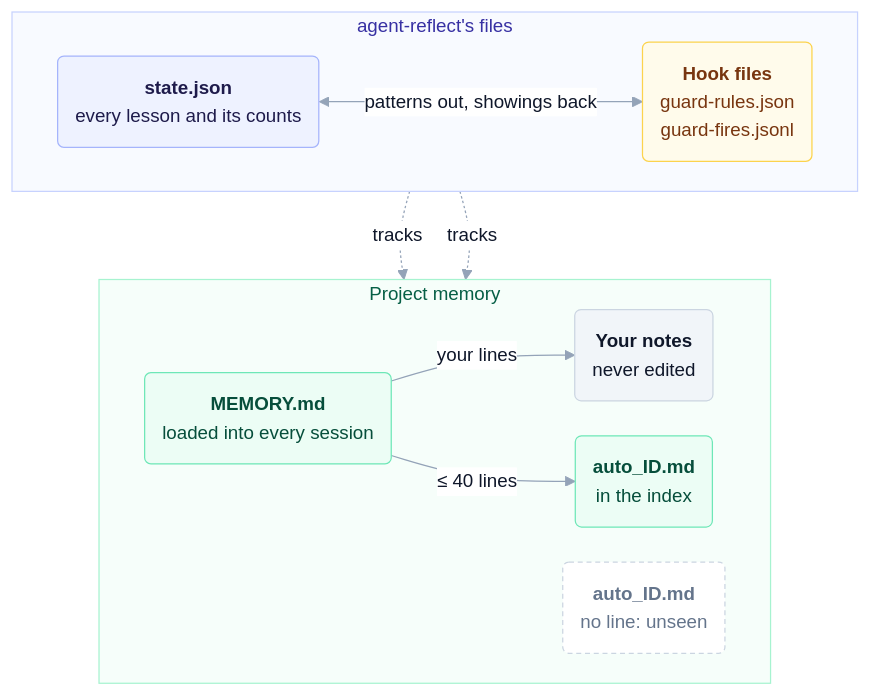
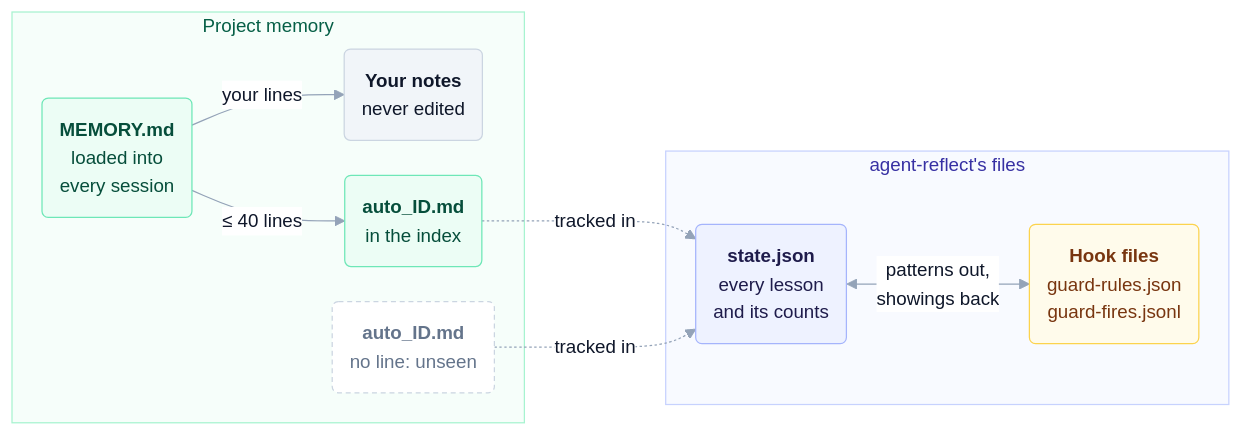
The second of 3 diagrams in README.md (vladislavgorbunov-afk/agent-reflect), drawn with Mermaid before and after one commit. The commit also changed other lines of this file, not shown here.

First line of the commit message:
docs: Spell out the steps of each run and lay memory out left to right

````diff
--- a/README.md
+++ b/README.md
@@ -111,32 +140,30 @@
 ```mermaid
-%%{init: {"theme": "base", "themeVariables": {"fontFamily": "-apple-system, BlinkMacSystemFont, Segoe UI, Helvetica, Arial, sans-serif", "fontSize": "15px", "lineColor": "#94a3b8", "primaryColor": "#f1f5f9", "primaryBorderColor": "#cbd5e1", "primaryTextColor": "#0f172a", "clusterBkg": "#f8fafc", "clusterBorder": "#e2e8f0", "edgeLabelBackground": "#ffffff"}, "flowchart": {"curve": "basis", "nodeSpacing": 28, "rankSpacing": 48, "padding": 14}}}%%
-flowchart TB
+%%{init: {"theme": "base", "themeVariables": {"fontFamily": "system-ui, -apple-system, Segoe UI, Helvetica, Arial, sans-serif", "fontSize": "15px", "lineColor": "#94a3b8", "primaryColor": "#f1f5f9", "primaryBorderColor": "#cbd5e1", "primaryTextColor": "#0f172a", "clusterBkg": "#f8fafc", "clusterBorder": "#e2e8f0", "edgeLabelBackground": "#ffffff"}, "flowchart": {"curve": "basis", "nodeSpacing": 28, "rankSpacing": 48, "padding": 14}}}%%
+flowchart LR
     subgraph P ["Project memory"]
-        direction LR
-        idx("<b>MEMORY.md</b><br/>loaded into every session"):::mem
+        idx("<b>MEMORY.md</b><br/>loaded into<br/>every session"):::mem
         yours("<b>Your notes</b><br/>never edited"):::user
         live("<b>auto_ID.md</b><br/>in the index"):::mem
         wait("<b>auto_ID.md</b><br/>no line: unseen"):::muted
         idx -->|"your lines"| yours
         idx -->|"≤ 40 lines"| live
     end
 
     subgraph A ["agent-reflect's files"]
-        direction LR
-        st("<b>state.json</b><br/>every lesson and its counts"):::night
+        st("<b>state.json</b><br/>every lesson<br/>and its counts"):::night
         hook("<b>Hook files</b><br/>guard-rules.json<br/>guard-fires.jsonl"):::work
-        st <-->|"patterns out, showings back"| hook
+        st <-->|"patterns out,<br/>showings back"| hook
     end
 
-    st -.->|"tracks"| live & wait
+    live & wait -.->|"tracked in"| st
 
     classDef night fill:#eef2ff,stroke:#a5b4fc,color:#1e1b4b
     classDef mem fill:#ecfdf5,stroke:#6ee7b7,color:#064e3b
     classDef work fill:#fffbeb,stroke:#fcd34d,color:#78350f
     classDef week fill:#f5f3ff,stroke:#c4b5fd,color:#4c1d95
     classDef user fill:#f1f5f9,stroke:#cbd5e1,color:#0f172a
     classDef muted fill:#ffffff,stroke:#cbd5e1,stroke-dasharray:4 3,color:#64748b
     classDef out fill:#ffffff,stroke:#cbd5e1,color:#475569
     style P fill:#f6fefa,stroke:#a7f3d0,color:#065f46
     style A fill:#f8faff,stroke:#c7d2fe,color:#3730a3
 ```
````
